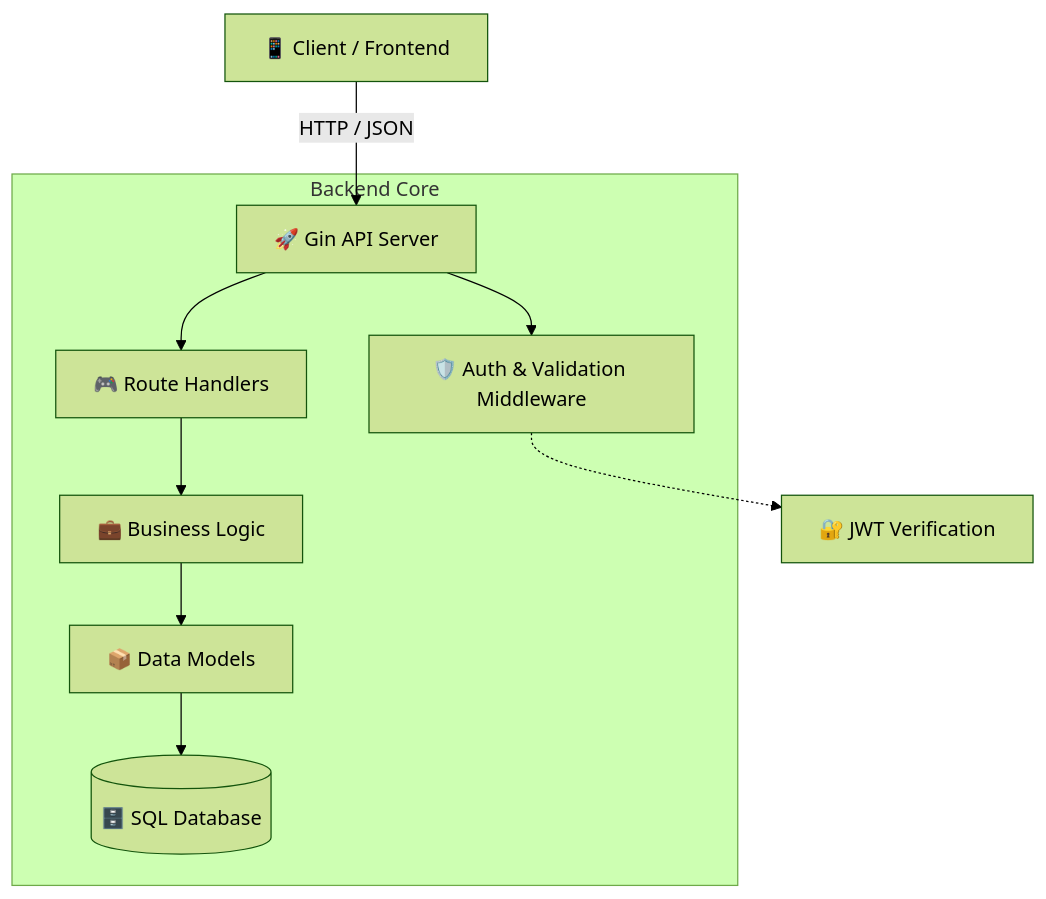
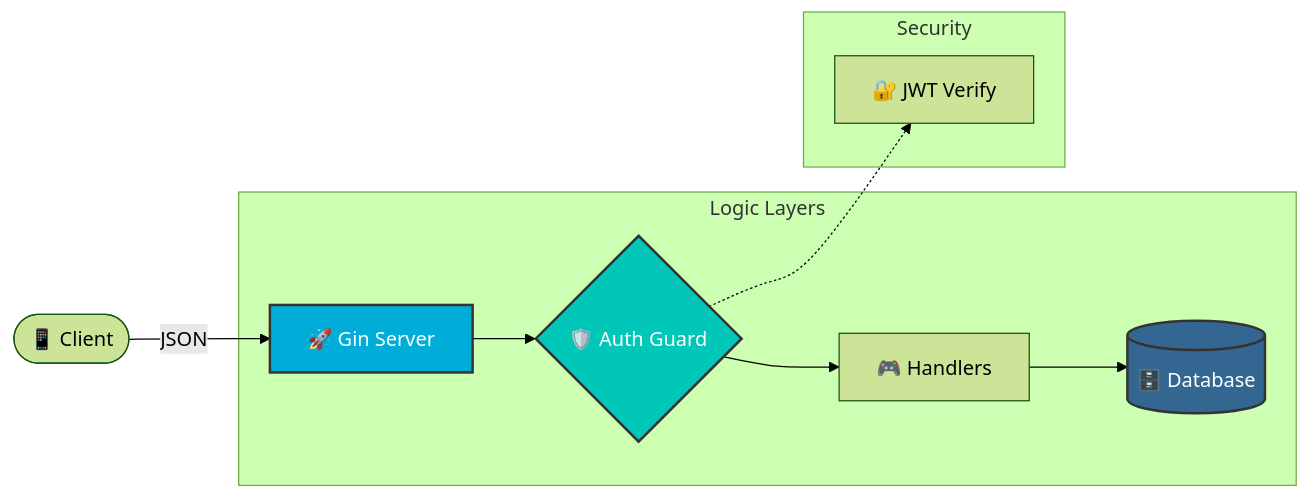
The diagram in Event_Booking_RestApi_Authentication_&_SQL_Database/readme.md (Shivam56291/go-practice-hub), drawn with Mermaid (forest theme) before and after one commit. The commit also changed other lines of this file and 11 other files, not shown here.

First line of the commit message:
feat(event-booking-api): initial implementation of REST API with Gin & SQLite

````diff
--- a/Event_Booking_RestApi_Authentication_&_SQL_Database/readme.md
+++ b/Event_Booking_RestApi_Authentication_&_SQL_Database/readme.md
@@ -45,14 +40,18 @@
 ```mermaid
-graph TD
-    Client[📱 Client / Frontend] -->|HTTP / JSON| API[🚀 Gin API Server]
-
-    subgraph "Backend Core"
-        API --> Middleware[🛡️ Auth & Validation Middleware]
-        API --> Handlers[🎮 Route Handlers]
-        Handlers --> Services[💼 Business Logic]
-        Services --> Models[📦 Data Models]
-        Models --> DB[(🗄️ SQL Database)]
+graph LR
+    User([📱 Client]) -->|JSON| API[🚀 Gin Server]
+    
+    subgraph "Logic Layers"
+        API --> Middleware{🛡️ Auth Guard}
+        Middleware --> Handlers[🎮 Handlers]
+        Handlers --> DB[(🗄️ Database)]
+    end
+    
+    subgraph "Security"
+        Middleware -.-> JWT[🔐 JWT Verify]
     end
 
-    Middleware -.-> JWT[🔐 JWT Verification]
+    style API fill:#00ADD8,stroke:#333,stroke-width:2px,color:#fff
+    style DB fill:#336791,stroke:#333,stroke-width:2px,color:#fff
+    style Middleware fill:#00C7B7,stroke:#333,stroke-width:2px,color:#fff
 ```
````
